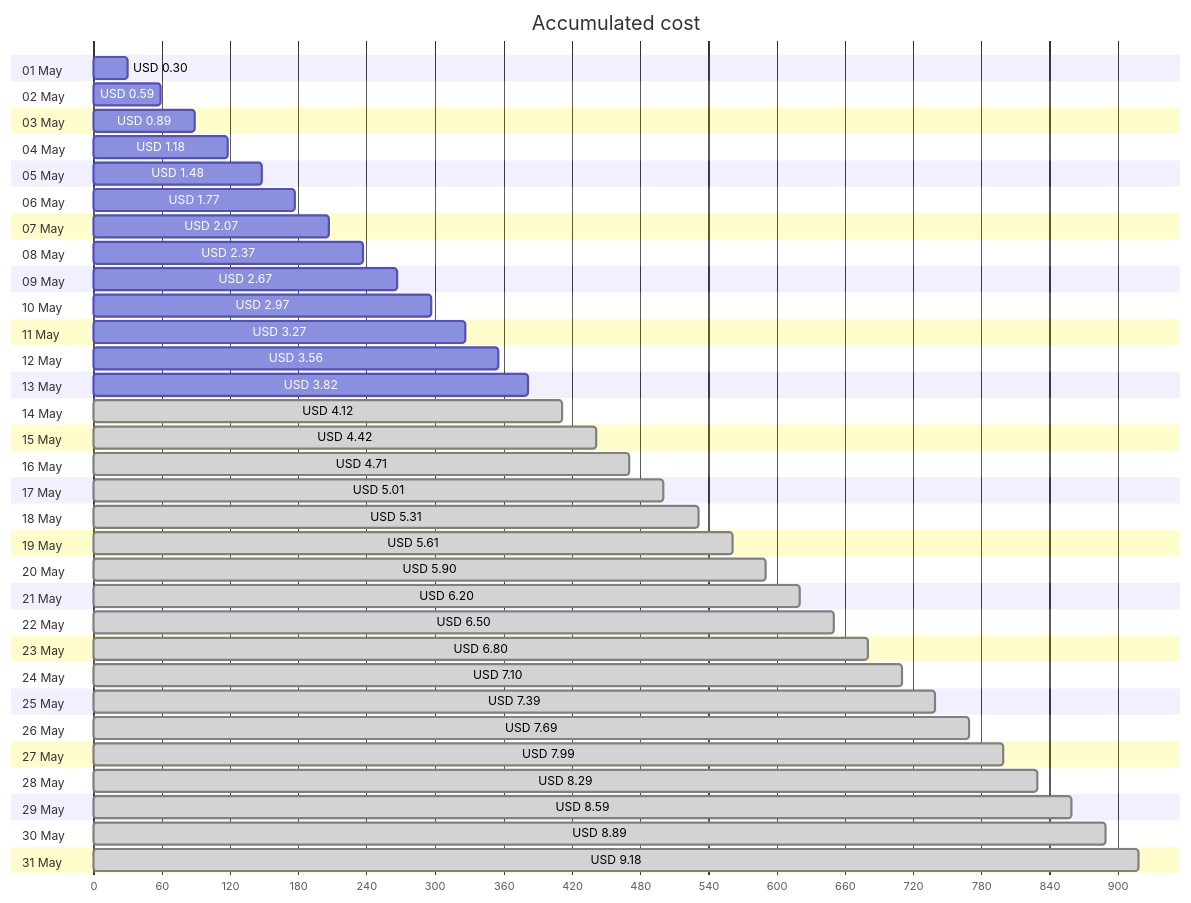
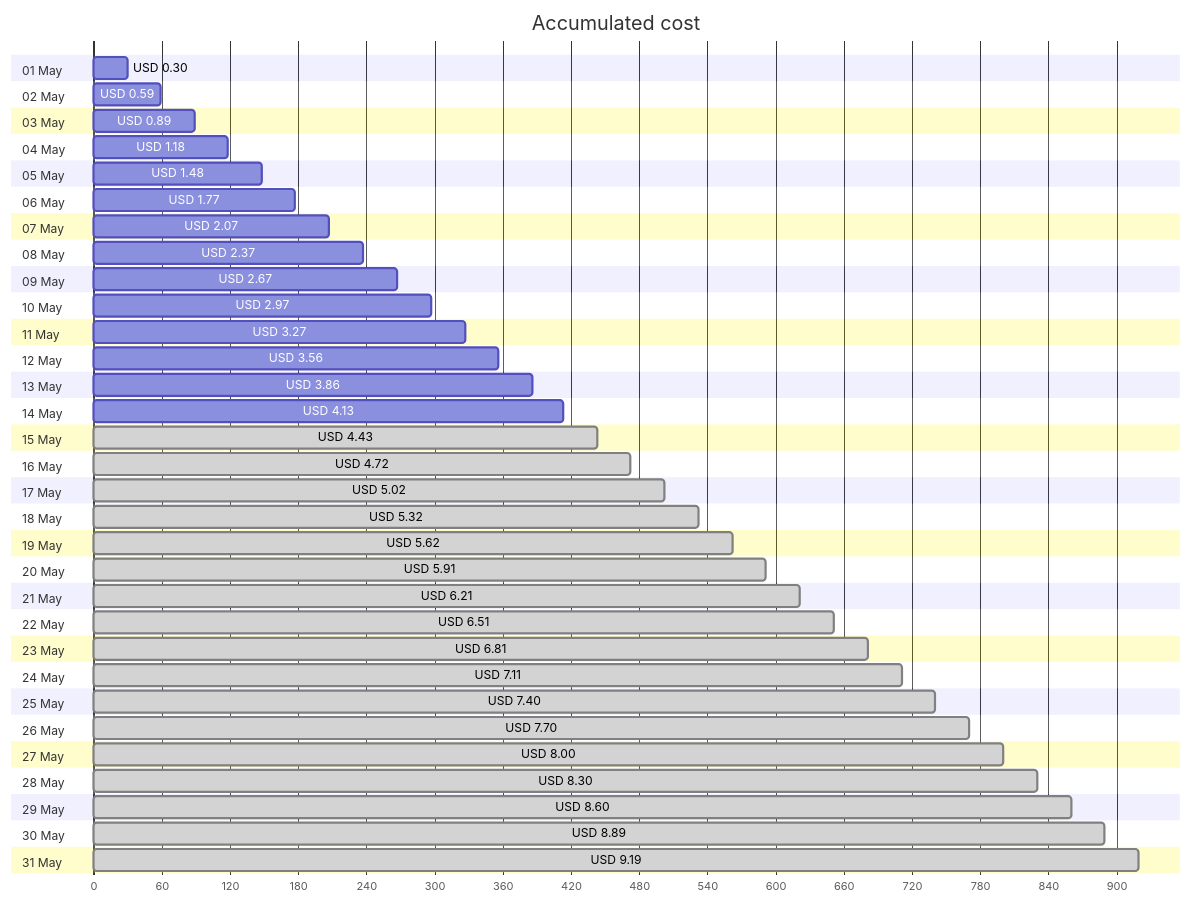
The first of 4 diagrams in cost-reports/personal-site/personal-site-preview.md (jpfulton/azure-personal-reports), drawn with Mermaid before and after one commit. The commit also changed other lines of this file and 6 other files, not shown here.

````diff
--- a/cost-reports/personal-site/personal-site-preview.md
+++ b/cost-reports/personal-site/personal-site-preview.md
@@ -20,68 +20,68 @@
 ```mermaid
 gantt
    title Accumulated cost
    dateFormat  X
    axisFormat %s
    section 01 May
    USD 0.30 :0, 30
    section 02 May
    USD 0.59 :0, 59
    section 03 May
    USD 0.89 :0, 89
    section 04 May
    USD 1.18 :0, 118
    section 05 May
    USD 1.48 :0, 148
    section 06 May
    USD 1.77 :0, 177
    section 07 May
    USD 2.07 :0, 207
    section 08 May
    USD 2.37 :0, 237
    section 09 May
    USD 2.67 :0, 267
    section 10 May
    USD 2.97 :0, 297
    section 11 May
    USD 3.27 :0, 327
    section 12 May
    USD 3.56 :0, 356
    section 13 May
-   USD 3.82 :0, 382
+   USD 3.86 :0, 386
    section 14 May
-   USD 4.12 : done, 0, 412
+   USD 4.13 :0, 413
    section 15 May
-   USD 4.42 : done, 0, 442
+   USD 4.43 : done, 0, 443
    section 16 May
-   USD 4.71 : done, 0, 471
+   USD 4.72 : done, 0, 472
    section 17 May
-   USD 5.01 : done, 0, 501
+   USD 5.02 : done, 0, 502
    section 18 May
-   USD 5.31 : done, 0, 531
+   USD 5.32 : done, 0, 532
    section 19 May
-   USD 5.61 : done, 0, 561
+   USD 5.62 : done, 0, 562
    section 20 May
-   USD 5.90 : done, 0, 590
+   USD 5.91 : done, 0, 591
    section 21 May
-   USD 6.20 : done, 0, 620
+   USD 6.21 : done, 0, 621
    section 22 May
-   USD 6.50 : done, 0, 650
+   USD 6.51 : done, 0, 651
    section 23 May
-   USD 6.80 : done, 0, 680
+   USD 6.81 : done, 0, 681
    section 24 May
-   USD 7.10 : done, 0, 710
+   USD 7.11 : done, 0, 711
    section 25 May
-   USD 7.39 : done, 0, 739
+   USD 7.40 : done, 0, 740
    section 26 May
-   USD 7.69 : done, 0, 769
+   USD 7.70 : done, 0, 770
    section 27 May
-   USD 7.99 : done, 0, 799
+   USD 8.00 : done, 0, 800
    section 28 May
-   USD 8.29 : done, 0, 829
+   USD 8.30 : done, 0, 830
    section 29 May
-   USD 8.59 : done, 0, 859
+   USD 8.60 : done, 0, 860
    section 30 May
    USD 8.89 : done, 0, 889
    section 31 May
-   USD 9.18 : done, 0, 918
+   USD 9.19 : done, 0, 919
 ```
````
